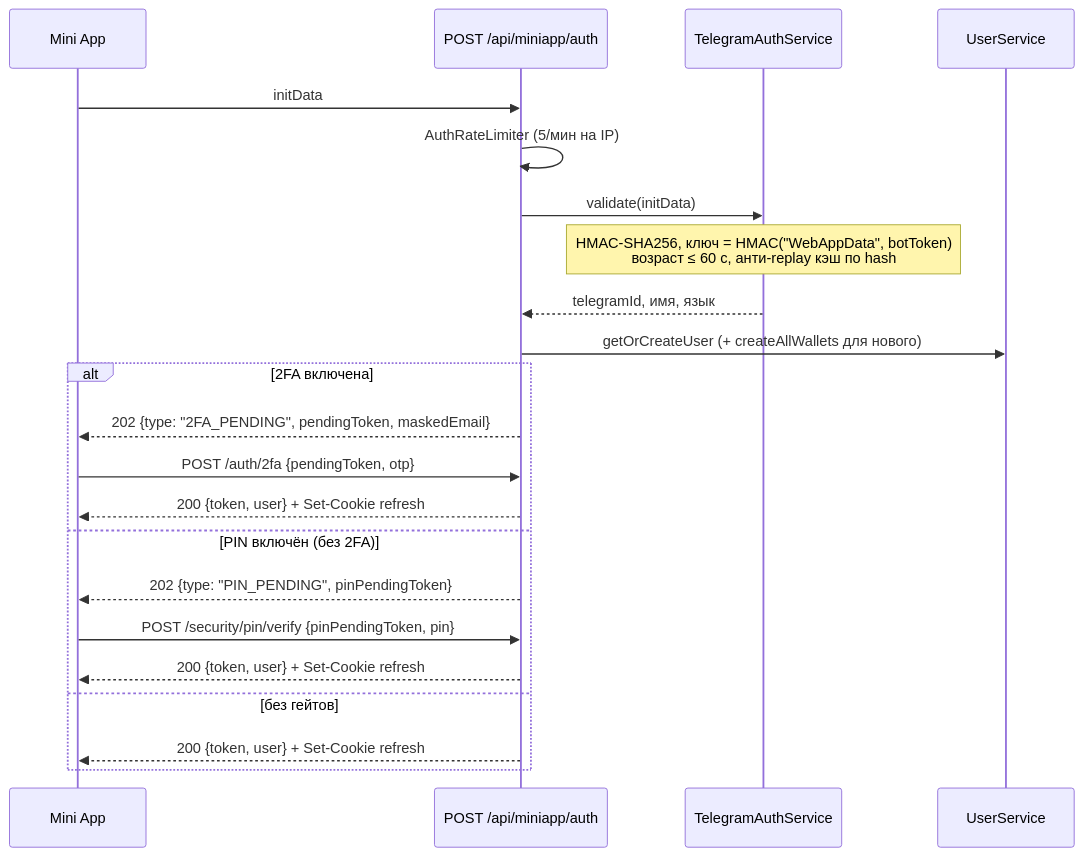
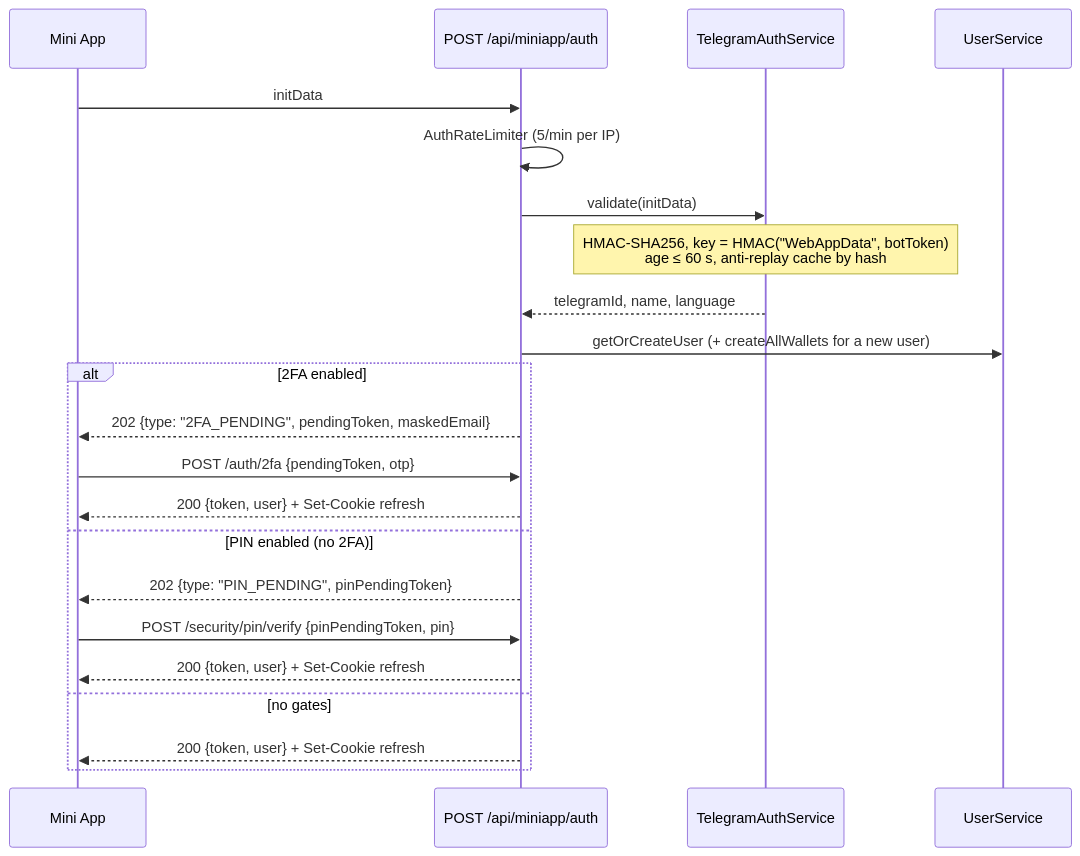
The second of 5 diagrams in DOCUMENTATION.md (samveldarbinyann/wallet-bot), drawn with Mermaid before and after one commit. The commit also changed other lines of this file and 4 other files, not shown here.

````diff
--- a/DOCUMENTATION.md
+++ b/DOCUMENTATION.md
@@ -383,25 +391,25 @@
 ```mermaid
 sequenceDiagram
     participant M as Mini App
     participant A as POST /api/miniapp/auth
     participant T as TelegramAuthService
     participant U as UserService
 
     M->>A: initData
-    A->>A: AuthRateLimiter (5/мин на IP)
+    A->>A: AuthRateLimiter (5/min per IP)
     A->>T: validate(initData)
-    Note over T: HMAC-SHA256, ключ = HMAC("WebAppData", botToken)<br/>возраст ≤ 60 с, анти-replay кэш по hash
-    T-->>A: telegramId, имя, язык
-    A->>U: getOrCreateUser (+ createAllWallets для нового)
-    alt 2FA включена
+    Note over T: HMAC-SHA256, key = HMAC("WebAppData", botToken)<br/>age ≤ 60 s, anti-replay cache by hash
+    T-->>A: telegramId, name, language
+    A->>U: getOrCreateUser (+ createAllWallets for a new user)
+    alt 2FA enabled
         A-->>M: 202 {type: "2FA_PENDING", pendingToken, maskedEmail}
         M->>A: POST /auth/2fa {pendingToken, otp}
         A-->>M: 200 {token, user} + Set-Cookie refresh
-    else PIN включён (без 2FA)
+    else PIN enabled (no 2FA)
         A-->>M: 202 {type: "PIN_PENDING", pinPendingToken}
         M->>A: POST /security/pin/verify {pinPendingToken, pin}
         A-->>M: 200 {token, user} + Set-Cookie refresh
-    else без гейтов
+    else no gates
         A-->>M: 200 {token, user} + Set-Cookie refresh
     end
 ```
````
